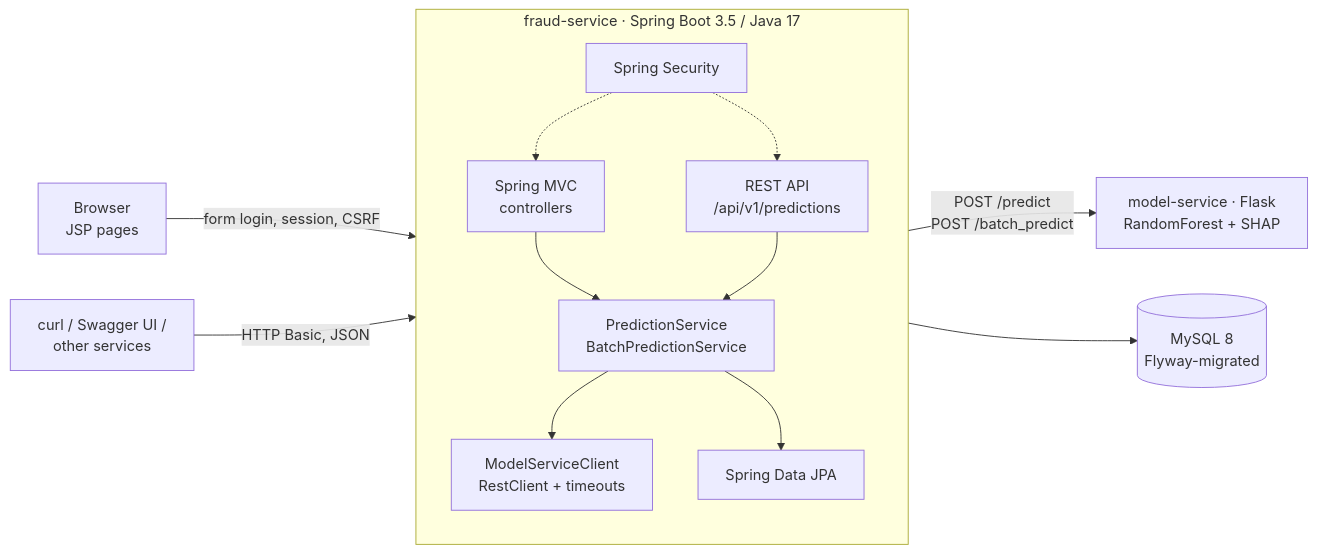
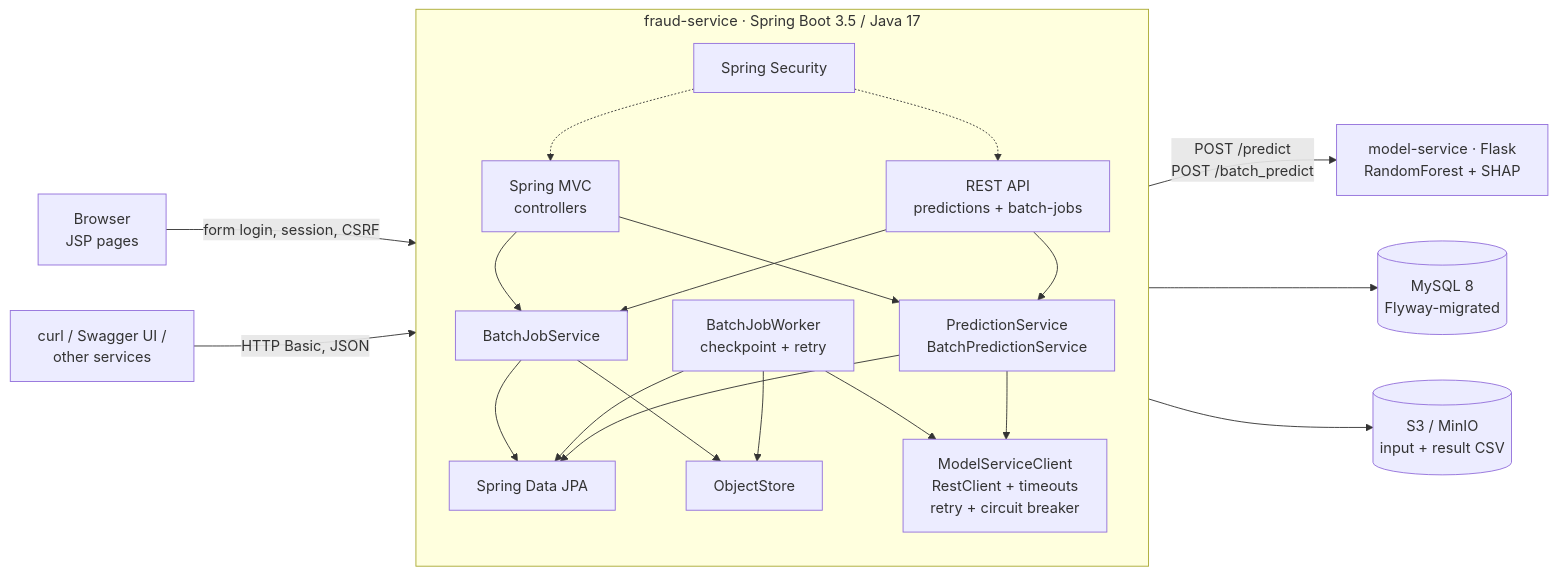
Before and after one commit to YueCai335/fraud-detection-system: the diagram in README.md, drawn with Mermaid. The commit also changed other lines of this file, not shown here.

Commit message:
docs: document async batch architecture and storage

````diff
--- a/README.md
+++ b/README.md
@@ -15,18 +16,26 @@
 ```mermaid
 flowchart LR
     B[Browser<br/>JSP pages] -- "form login, session, CSRF" --> FS
     C[curl / Swagger UI /<br/>other services] -- "HTTP Basic, JSON" --> FS
 
     subgraph FS[fraud-service · Spring Boot 3.5 / Java 17]
         direction TB
         MVC[Spring MVC<br/>controllers] --> SVC[PredictionService<br/>BatchPredictionService]
-        API[REST API<br/>/api/v1/predictions] --> SVC
+        API[REST API<br/>predictions + batch-jobs] --> SVC
+        MVC --> JOB[BatchJobService]
+        API --> JOB
+        JOB --> JPA
+        JOB --> OBJ[ObjectStore]
+        W[BatchJobWorker<br/>checkpoint + retry] --> JPA
+        W --> CL
+        W --> OBJ
         SEC[Spring Security] -.-> MVC
         SEC -.-> API
-        SVC --> CL[ModelServiceClient<br/>RestClient + timeouts]
+        SVC --> CL[ModelServiceClient<br/>RestClient + timeouts<br/>retry + circuit breaker]
         SVC --> JPA[Spring Data JPA]
     end
 
     CL -- "POST /predict<br/>POST /batch_predict" --> MS[model-service · Flask<br/>RandomForest + SHAP]
     JPA --> DB[(MySQL 8<br/>Flyway-migrated)]
+    OBJ --> S3[(S3 / MinIO<br/>input + result CSV)]
 ```
````
